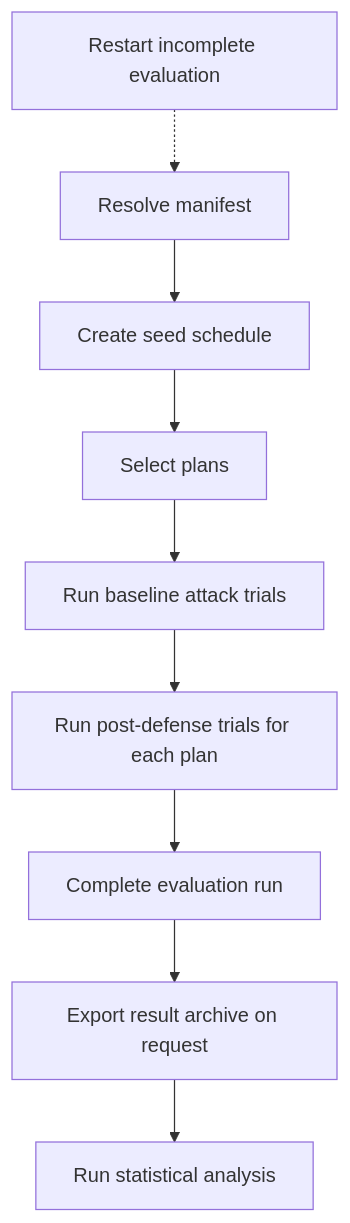
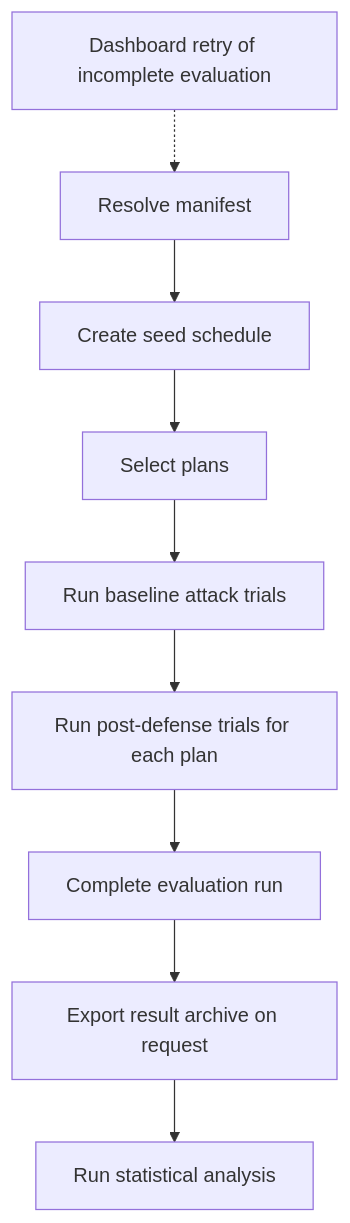
Before and after one commit to michalo1334/master_thesis: the diagram in docs/concepts/evaluation.md, drawn with Mermaid. The commit also changed other lines of this file and 7 other files, not shown here.

````diff
--- a/docs/concepts/evaluation.md
+++ b/docs/concepts/evaluation.md
@@ -53,11 +67,11 @@
 ```mermaid
 flowchart TD
     A[Resolve manifest] --> B[Create seed schedule]
     B --> C[Select plans]
     C --> D[Run baseline attack trials]
     D --> E[Run post-defense trials for each plan]
     E --> F[Complete evaluation run]
-    R[Restart incomplete evaluation] -.-> A
+    R[Dashboard retry of incomplete evaluation] -.-> A
     F --> G[Export result archive on request]
     G --> H[Run statistical analysis]
 ```
````
